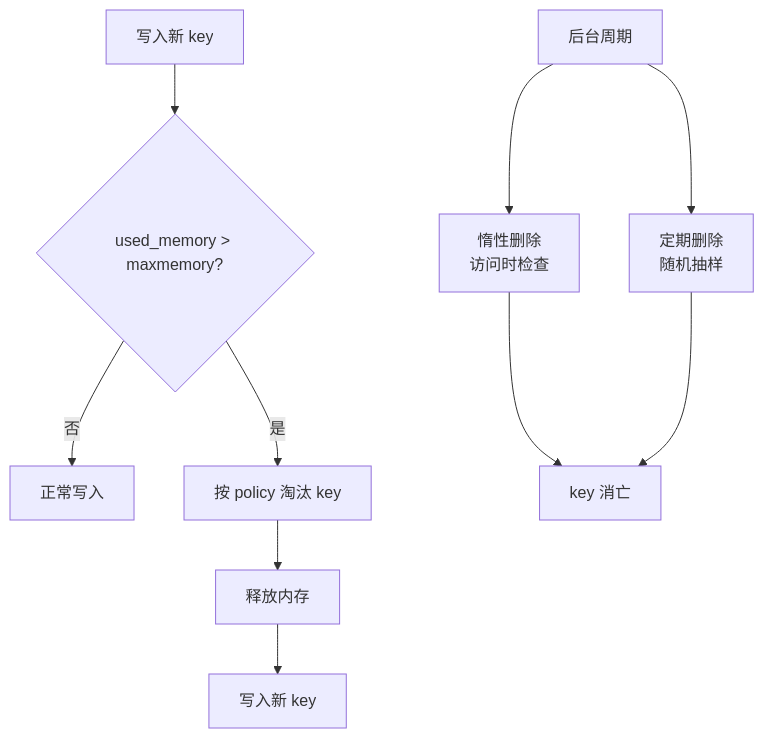
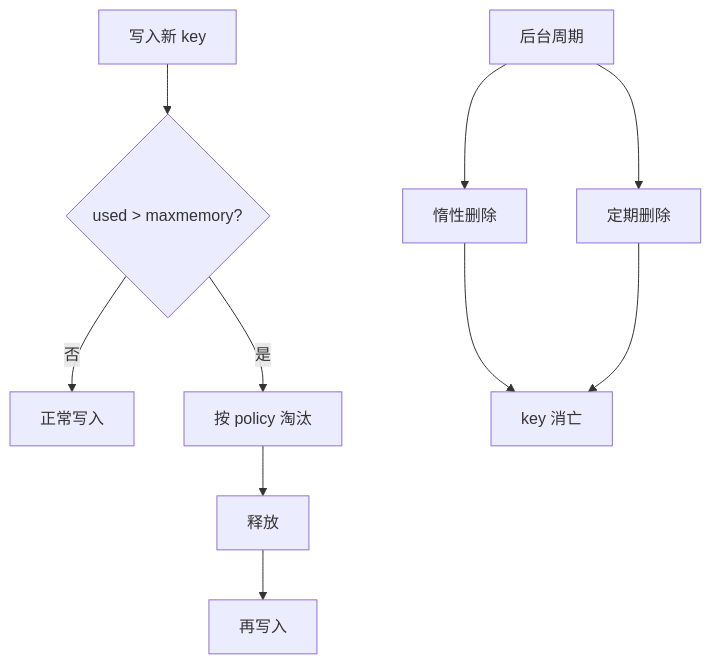
One commit to ml-cuizijun/LearnToLilith changed the eighth of 10 diagrams in 02-中间件与数据库/02-Redis/02-持久化与内存管理/知识点.md. Above: the diagram before and after it, drawn with Mermaid. The commit also changed other lines of this file and 178 other files, not shown here.

````diff
--- a/02-中间件与数据库/02-Redis/02-持久化与内存管理/知识点.md
+++ b/02-中间件与数据库/02-Redis/02-持久化与内存管理/知识点.md
@@ -505,12 +519,11 @@
 ```mermaid
 flowchart TB
-    WRITE["写入新 key"] --> CHECK{used_memory > maxmemory?}
+    WRITE["写入新 key"] --> CHECK{used > maxmemory?}
     CHECK -->|否| OK["正常写入"]
-    CHECK -->|是| EVICT["按 policy 淘汰 key"]
-    EVICT --> FREED["释放内存"]
-    FREED --> WRITE2["写入新 key"]
-    CHECK2["后台周期"] --> LAZY["惰性删除<br/>访问时检查"]
-    CHECK2 --> PERIOD["定期删除<br/>随机抽样"]
+    CHECK -->|是| EVICT["按 policy 淘汰"]
+    EVICT --> FREED["释放"] --> WRITE2["再写入"]
+    CHECK2["后台周期"] --> LAZY["惰性删除"]
+    CHECK2 --> PERIOD["定期删除"]
     LAZY --> GONE["key 消亡"]
     PERIOD --> GONE
 ```
````
